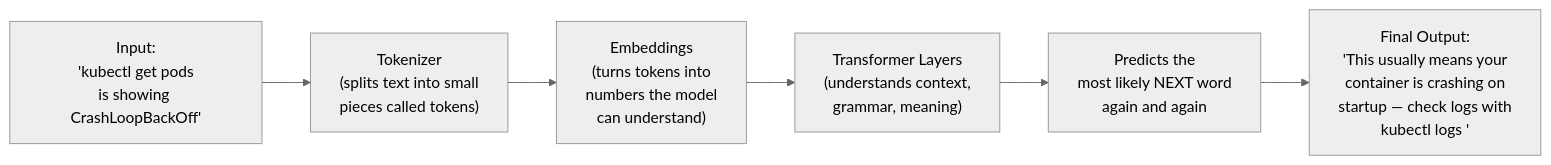
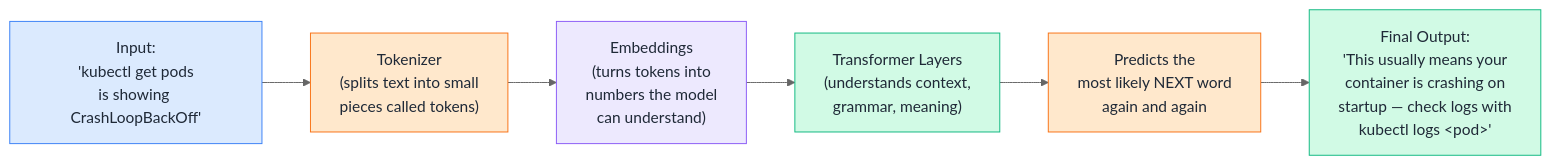
Before and after one commit to saghosh8/AI-For-DevOps: the third of 7 diagrams in Week 1 — LLM & GenAI Foundations/Day 1 — AI ML GenAI Basics.md, drawn with Mermaid (neutral theme). The commit also changed other lines of this file, not shown here.

````diff
--- a/Week 1 — LLM & GenAI Foundations/Day 1 — AI ML GenAI Basics.md
+++ b/Week 1 — LLM & GenAI Foundations/Day 1 — AI ML GenAI Basics.md
@@ -63,8 +88,21 @@
 ```mermaid
 flowchart LR
     A["Input:\n'kubectl get pods\nis showing CrashLoopBackOff'"] --> B["Tokenizer\n(splits text into small\npieces called tokens)"]
     B --> C["Embeddings\n(turns tokens into\nnumbers the model\ncan understand)"]
     C --> D["Transformer Layers\n(understands context,\ngrammar, meaning)"]
     D --> E["Predicts the\nmost likely NEXT word\nagain and again"]
-    E --> F["Final Output:\n'This usually means your\ncontainer is crashing on\nstartup — check logs with\nkubectl logs <pod>'"]
+    E --> F["Final Output:\n'This usually means your\ncontainer is crashing on\nstartup — check logs with\nkubectl logs &lt;pod&gt;'"]
+
+    classDef purple fill:#EDE9FE,stroke:#8B5CF6,color:#1F2937
+    classDef orange fill:#FFE8CC,stroke:#F97316,color:#1F2937
+    classDef green fill:#D1FAE5,stroke:#10B981,color:#1F2937
+    classDef blue fill:#DBEAFE,stroke:#3B82F6,color:#1F2937
+    classDef red fill:#FEE2E2,stroke:#EF4444,color:#1F2937
+
+    class A blue
+    class B orange
+    class C purple
+    class D green
+    class E orange
+    class F green
 ```
````
